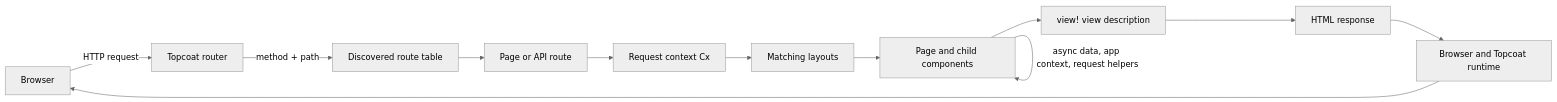
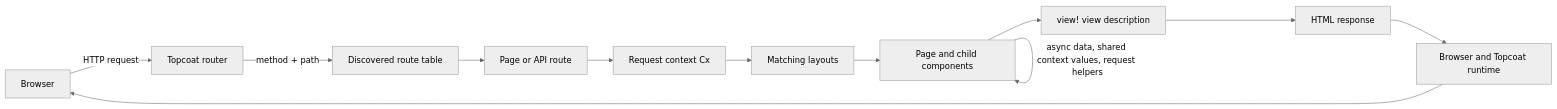
One commit to penrynjohnp/Topcoat-Workshop changed the diagram in docs/src/01-concepts/request-lifecycle.md. Above: the diagram before and after it, drawn with Mermaid (neutral theme). The commit also changed other lines of this file and 278 other files, not shown here.

````diff
--- a/docs/src/01-concepts/request-lifecycle.md
+++ b/docs/src/01-concepts/request-lifecycle.md
@@ -14,14 +14,14 @@
 ```mermaid
 flowchart LR
     Browser[Browser] -->|HTTP request| Router[Topcoat router]
     Router -->|method + path| RouteTable[Discovered route table]
     RouteTable --> Page[Page or API route]
     Page --> Cx[Request context Cx]
     Cx --> Layout[Matching layouts]
     Layout --> Components[Page and child components]
-    Components -->|async data, app context, request helpers| Components
+    Components -->|async data, shared context values, request helpers| Components
     Components --> View[view! view description]
     View --> Response[HTML response]
     Response --> BrowserRuntime[Browser and Topcoat runtime]
     BrowserRuntime --> Browser
 ```
````
